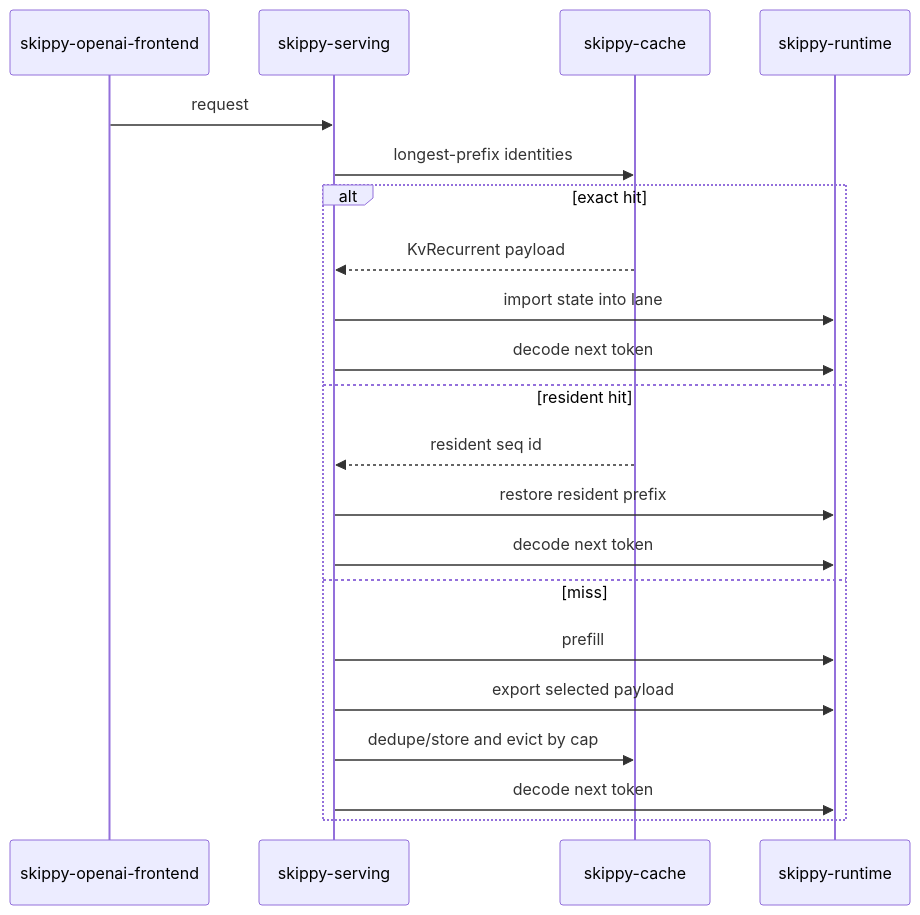
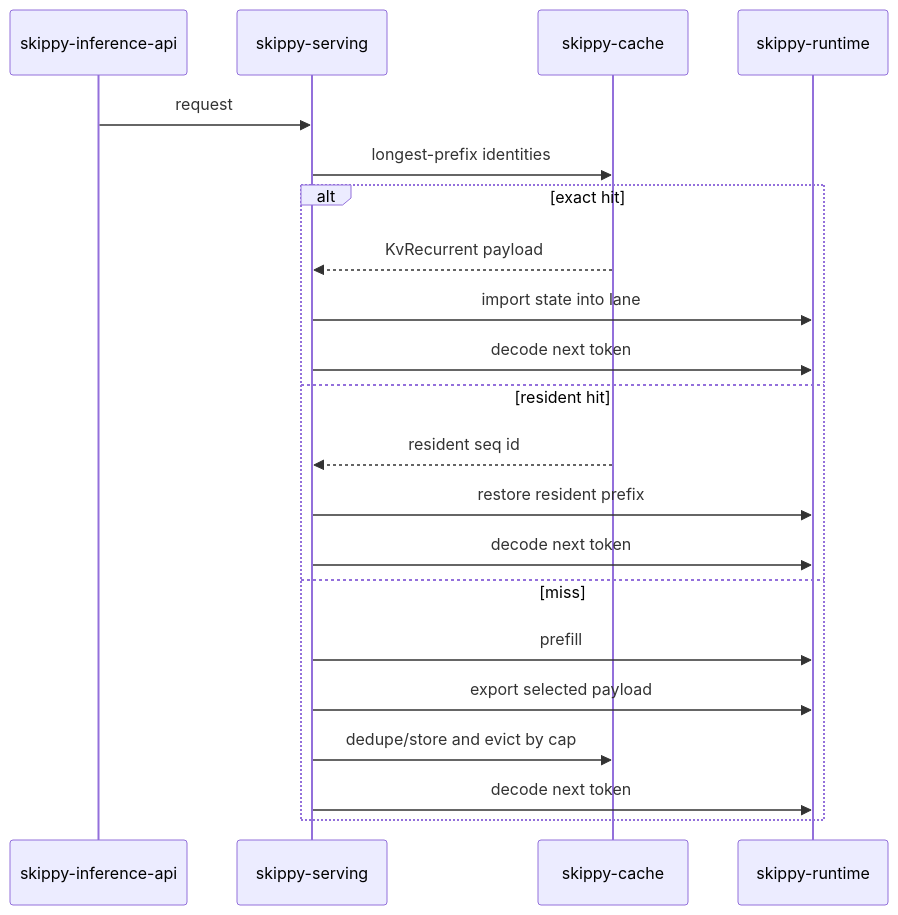
One commit to 76287298092/mesh-llm changed the sixth of 6 diagrams in skippy/crates/skippy-cache/README.md. Above: the diagram before and after it, drawn with Mermaid. The commit also changed other lines of this file and 200 other files, not shown here.

Commit message:
refactor(skippy): rename frontend crate to inference API

````diff
--- a/skippy/crates/skippy-cache/README.md
+++ b/skippy/crates/skippy-cache/README.md
@@ -236,24 +236,24 @@
 ```mermaid
 sequenceDiagram
-    participant O as skippy-openai-frontend
+    participant O as skippy-inference-api
     participant S as skippy-serving
     participant C as skippy-cache
     participant R as skippy-runtime
 
     O->>S: request
     S->>C: longest-prefix identities
     alt exact hit
         C-->>S: KvRecurrent payload
         S->>R: import state into lane
         S->>R: decode next token
     else resident hit
         C-->>S: resident seq id
         S->>R: restore resident prefix
         S->>R: decode next token
     else miss
         S->>R: prefill
         S->>R: export selected payload
         S->>C: dedupe/store and evict by cap
         S->>R: decode next token
     end
 ```
````
